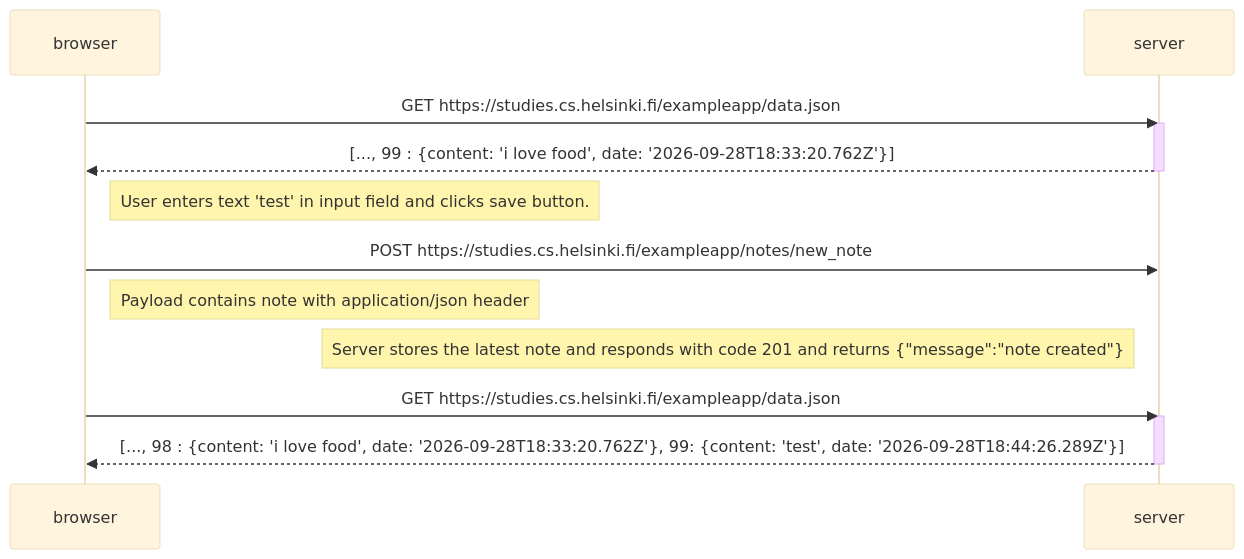
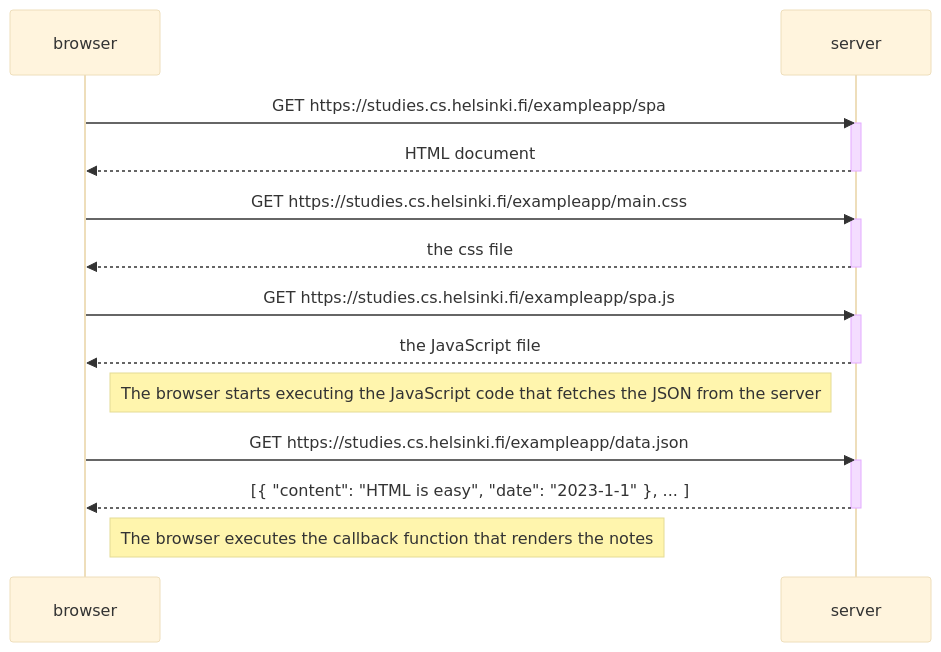
The diagram in part0/exercise 0.5 spa diagram.md (anu-10/full_stack_open), drawn with Mermaid (base theme) before and after one commit. The commit also changed 1 other file, not shown here.

Commit message:
Update exercies
Updated commit

````diff
--- a/part0/exercise 0.5 spa diagram.md
+++ b/part0/exercise 0.5 spa diagram.md
@@ -1,20 +1,29 @@
 ```mermaid
 sequenceDiagram
     participant browser
     participant server
-    
-    browser->>server: GET https://studies.cs.helsinki.fi/exampleapp/data.json
+
+    browser->>server: GET https://studies.cs.helsinki.fi/exampleapp/spa
     activate server
-    server-->>browser: [..., 99 : {content: 'i love food', date: '2026-09-28T18:33:20.762Z'}]
+    server-->>browser: HTML document
     deactivate server
 
-    Note right of browser: User enters text 'test' in input field and clicks save button.
-    browser->>server: POST https://studies.cs.helsinki.fi/exampleapp/notes/new_note
-    Note right of browser: Payload contains note with application/json header
-    Note left of server: Server stores the latest note and responds with code 201 and returns {"message":"note created"}
+    browser->>server: GET https://studies.cs.helsinki.fi/exampleapp/main.css
+    activate server
+    server-->>browser: the css file
+    deactivate server
+
+    browser->>server: GET https://studies.cs.helsinki.fi/exampleapp/spa.js
+    activate server
+    server-->>browser: the JavaScript file
+    deactivate server
+
+    Note right of browser: The browser starts executing the JavaScript code that fetches the JSON from the server
 
     browser->>server: GET https://studies.cs.helsinki.fi/exampleapp/data.json
     activate server
-    server-->>browser: [..., 98 : {content: 'i love food', date: '2026-09-28T18:33:20.762Z'}, 99: {content: 'test', date: '2026-09-28T18:44:26.289Z'}]
+    server-->>browser: [{ "content": "HTML is easy", "date": "2023-1-1" }, ... ]
     deactivate server
+
+    Note right of browser: The browser executes the callback function that renders the notes
 ```
````
